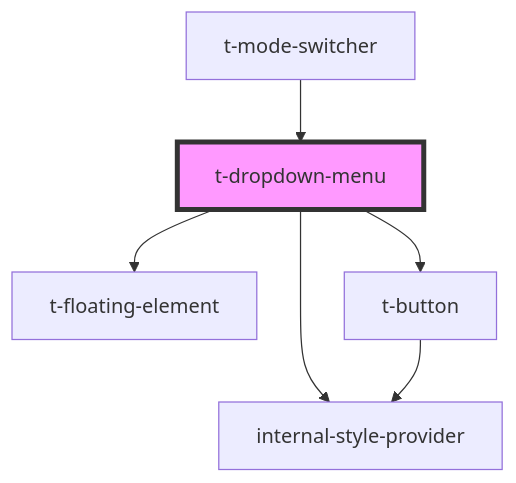
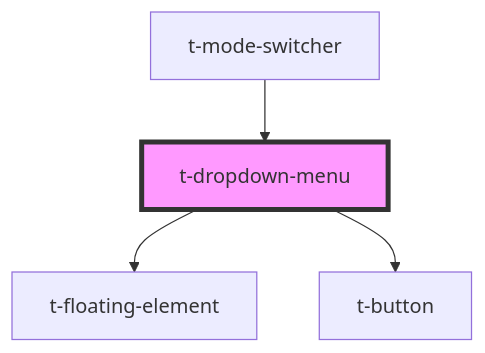
The diagram in packages/t-web-components/src/components/t-dropdown/readme.md (TomasEng/web-components), drawn with Mermaid before and after one commit. The commit also changed other lines of this file and 63 other files, not shown here.

````diff
--- a/packages/t-web-components/src/components/t-dropdown/readme.md
+++ b/packages/t-web-components/src/components/t-dropdown/readme.md
@@ -32,9 +31,7 @@
 ```mermaid
 graph TD;
-  t-dropdown-menu --> internal-style-provider
   t-dropdown-menu --> t-floating-element
   t-dropdown-menu --> t-button
-  t-button --> internal-style-provider
   t-mode-switcher --> t-dropdown-menu
   style t-dropdown-menu fill:#f9f,stroke:#333,stroke-width:4px
 ```
````
